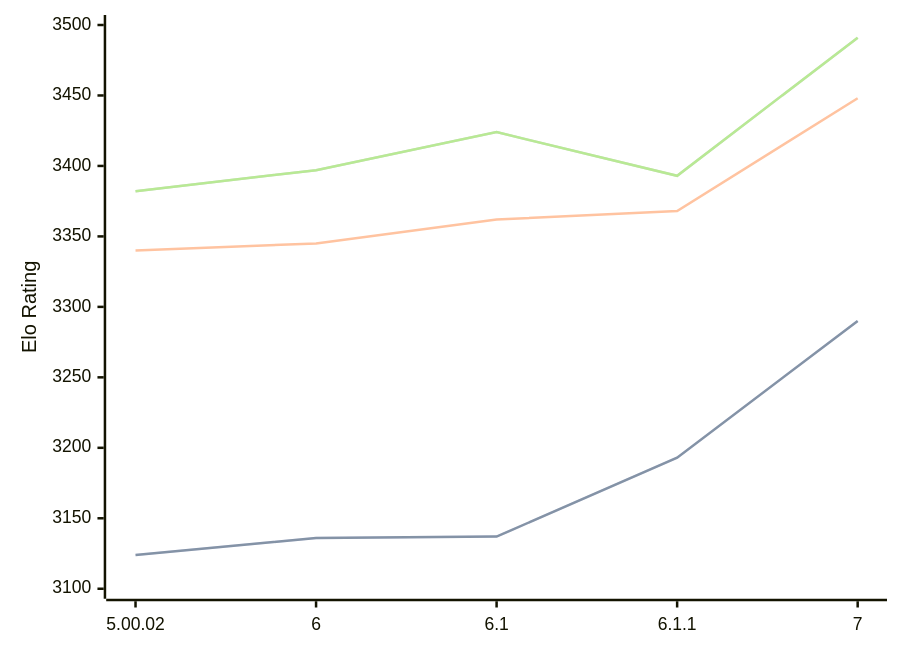
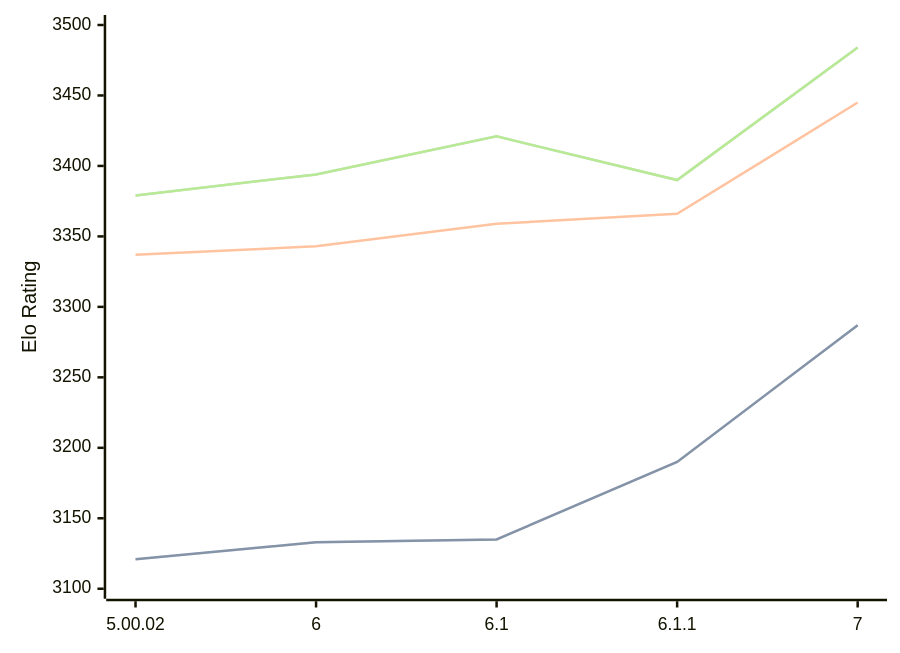
Before and after one commit to computer-chess-index/cci: the diagram in engines/Zangdar.md, drawn with Mermaid. The commit also changed other lines of this file, not shown here.

Commit message:
Update CCI Ratings (ELO VLTC) - 2026-08-12

````diff
--- a/engines/Zangdar.md
+++ b/engines/Zangdar.md
@@ -35,11 +35,11 @@
 ```mermaid
 %%{init: {"theme":"base","themeVariables":{"seriesColors:['#a3a3a3','#222221','#faa371']}}}%%
 xychart-beta
   x-axis ["5.00.02", "6", "6.1", "6.1.1", "7"]
   y-axis "Elo Rating" 3100 --> 3500
-  line "STC (8.0+0.08s)" [3124, 3136, 3137, 3193, 3290]
-  line "STC (8.0+0.08s)" [3124, 3136, 3137, 3193, 3290]
-  line "LTC (60.0+0.60s)" [3340, 3345, 3362, 3368, 3448]
-  line "VLTC (2m24s+1.12s)" [3382, 3397, 3424, 3393, 3491]
-  line "VLTC (2m24s+1.12s)" [3382, 3397, 3424, 3393, 3491]
+  line "STC (8.0+0.08s)" [3121, 3133, 3135, 3190, 3287]
+  line "STC (8.0+0.08s)" [3121, 3133, 3135, 3190, 3287]
+  line "LTC (60.0+0.60s)" [3337, 3343, 3359, 3366, 3445]
+  line "VLTC (2m24s+1.12s)" [3379, 3394, 3421, 3390, 3484]
+  line "VLTC (2m24s+1.12s)" [3379, 3394, 3421, 3390, 3484]
 ```
````
